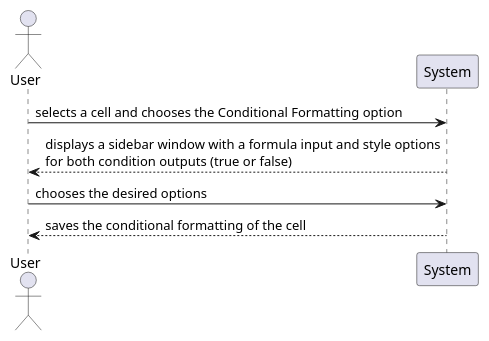
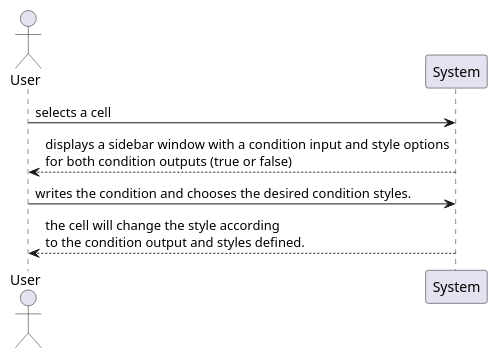
Before and after one commit to MikeTekOn/lapr4-2017-2dd: the diagram in src/main/java/lapr4/blue/s1/lang/n1151031/formulastools/lang03_1_ssd.puml, drawn with PlantUML. The commit also changed 3 other files, not shown here.

```diff
--- a/src/main/java/lapr4/blue/s1/lang/n1151031/formulastools/lang03_1_ssd.puml
+++ b/src/main/java/lapr4/blue/s1/lang/n1151031/formulastools/lang03_1_ssd.puml
@@ -1,13 +1,13 @@
 @startuml lang03_1_ssd.png
 skinparam packageStyle rect
 skinparam defaultFontName FG Virgil
 skinparam shadowing false
 
 actor User 
 participant "System" as S
-User -> S : selects a cell and chooses the Conditional Formatting option
-S --> User : displays a sidebar window with a formula input and style options\nfor both condition outputs (true or false) 
-User -> S : chooses the desired options
-S --> User : saves the conditional formatting of the cell
+User -> S : selects a cell
+S --> User : displays a sidebar window with a condition input and style options\nfor both condition outputs (true or false) 
+User -> S : writes the condition and chooses the desired condition styles.
+S --> User : the cell will change the style according\nto the condition output and styles defined.
 
 @enduml
```
